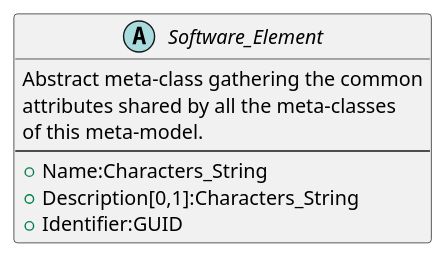
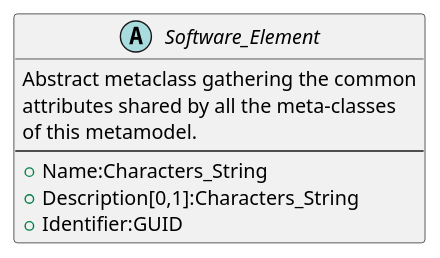
One commit to SanteyneEmbeddedSystems/Embedded_Software_Metamodel changed the diagram in Common_Elements/Metaclass_Software_Element.puml. Above: the diagram before and after it, drawn with PlantUML.

```diff
--- a/Common_Elements/Metaclass_Software_Element.puml
+++ b/Common_Elements/Metaclass_Software_Element.puml
@@ -1,14 +1,14 @@
 @startuml
 
 abstract class Software_Element
 {
-  Abstract meta-class gathering the common
+  Abstract metaclass gathering the common
   attributes shared by all the meta-classes
-  of this meta-model.
+  of this metamodel.
   --
   + Name:Characters_String
   + Description[0,1]:Characters_String
   + Identifier:GUID
 }
 
 @enduml
```
